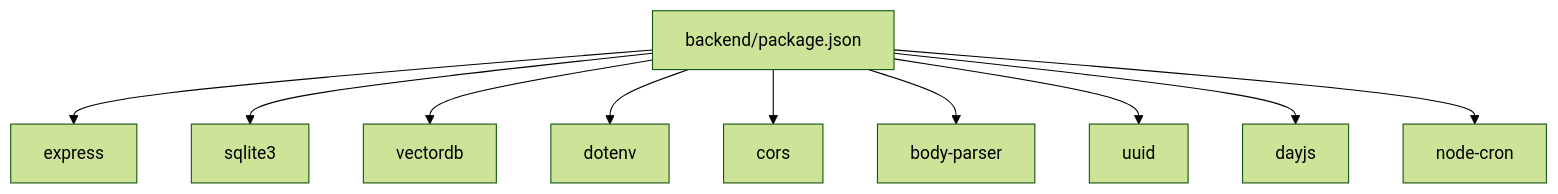
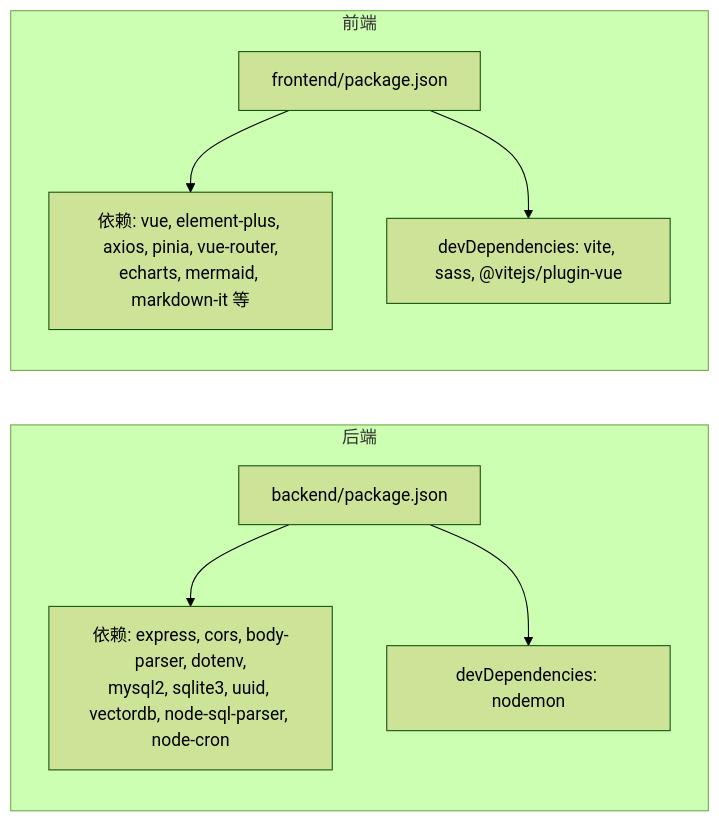
The fifth of 5 diagrams in NL2SQL/.qoder/repowiki/zh/content/部署与运维/部署指南.md (HanHuiOnLine/724-office), drawn with Mermaid (forest theme) before and after one commit. The commit also changed other lines of this file and 203 other files, not shown here.

````diff
--- a/NL2SQL/.qoder/repowiki/zh/content/部署与运维/部署指南.md
+++ b/NL2SQL/.qoder/repowiki/zh/content/部署与运维/部署指南.md
@@ -279,22 +213,13 @@
 ```mermaid
-graph TB
-Pkg["backend/package.json"]
-Express["express"]
-Sqlite3["sqlite3"]
-Vectordb["vectordb"]
-Dotenv["dotenv"]
-Cors["cors"]
-BodyParser["body-parser"]
-Uuid["uuid"]
-Dayjs["dayjs"]
-Cron["node-cron"]
-Pkg --> Express
-Pkg --> Sqlite3
-Pkg --> Vectordb
-Pkg --> Dotenv
-Pkg --> Cors
-Pkg --> BodyParser
-Pkg --> Uuid
-Pkg --> Dayjs
-Pkg --> Cron
+graph LR
+subgraph "后端"
+PkgBE["backend/package.json"]
+PkgBE --> DepsBE["依赖: express, cors, body-parser, dotenv,<br/>mysql2, sqlite3, uuid, vectordb, node-sql-parser, node-cron"]
+PkgBE --> DevBE["devDependencies: nodemon"]
+end
+subgraph "前端"
+PkgFE["frontend/package.json"]
+PkgFE --> DepsFE["依赖: vue, element-plus, axios, pinia, vue-router,<br/>echarts, mermaid, markdown-it 等"]
+PkgFE --> DevFE["devDependencies: vite, sass, @vitejs/plugin-vue"]
+end
 ```
````
